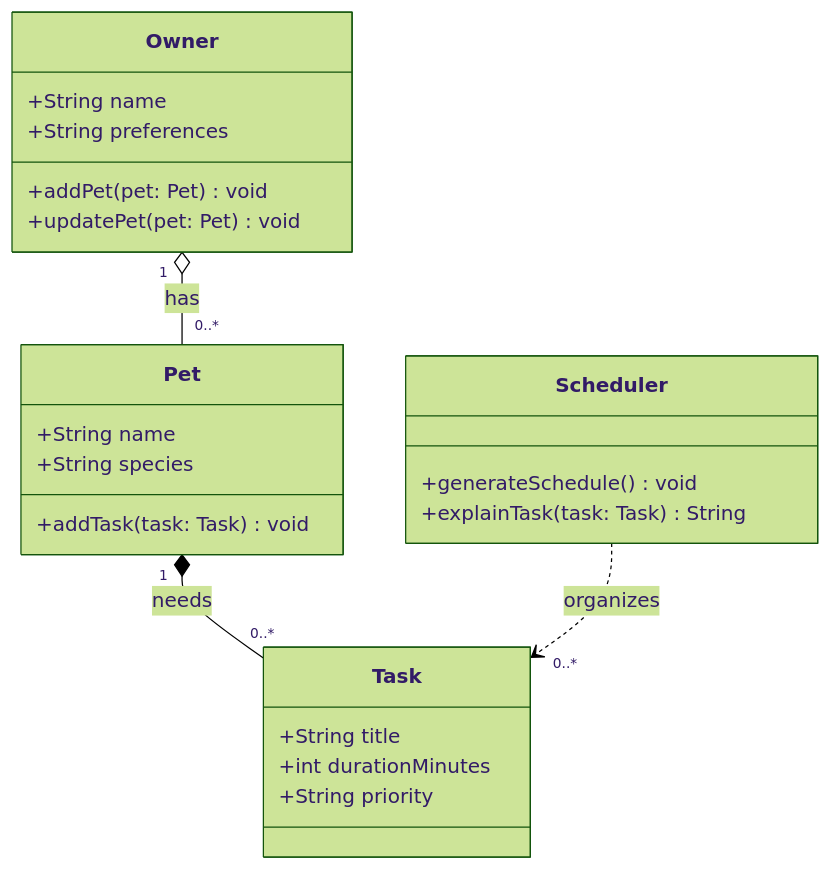
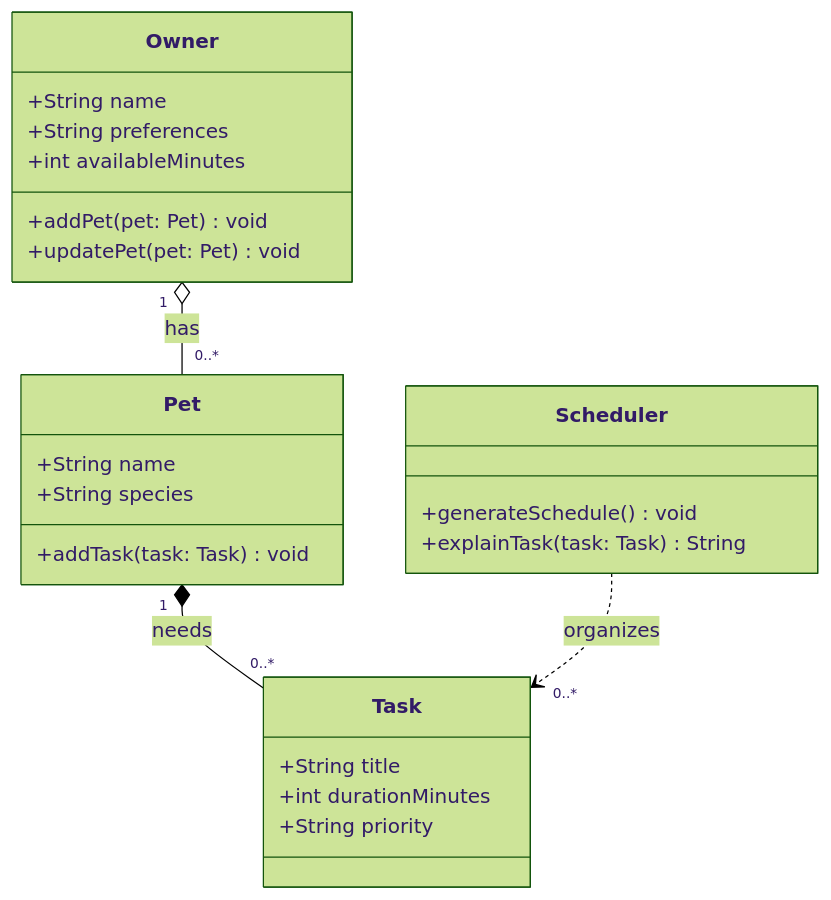
Before and after one commit to tbutler3472/ai110-module2show-pawpal-starter: the diagram in diagrams/uml_draft.mmd, drawn with Mermaid (forest theme). The commit also changed 5 other files, not shown here.

```diff
--- a/diagrams/uml_draft.mmd
+++ b/diagrams/uml_draft.mmd
@@ -1,28 +1,29 @@
 classDiagram
     class Owner {
         +String name
         +String preferences
+        +int availableMinutes
         +addPet(pet: Pet) void
         +updatePet(pet: Pet) void
     }
 
     class Pet {
         +String name
         +String species
         +addTask(task: Task) void
     }
 
     class Task {
         +String title
         +int durationMinutes
         +String priority
     }
 
     class Scheduler {
         +generateSchedule() void
         +explainTask(task: Task) String
     }
 
     Owner "1" o-- "0..*" Pet : has
     Pet "1" *-- "0..*" Task : needs
     Scheduler ..> "0..*" Task : organizes
```
